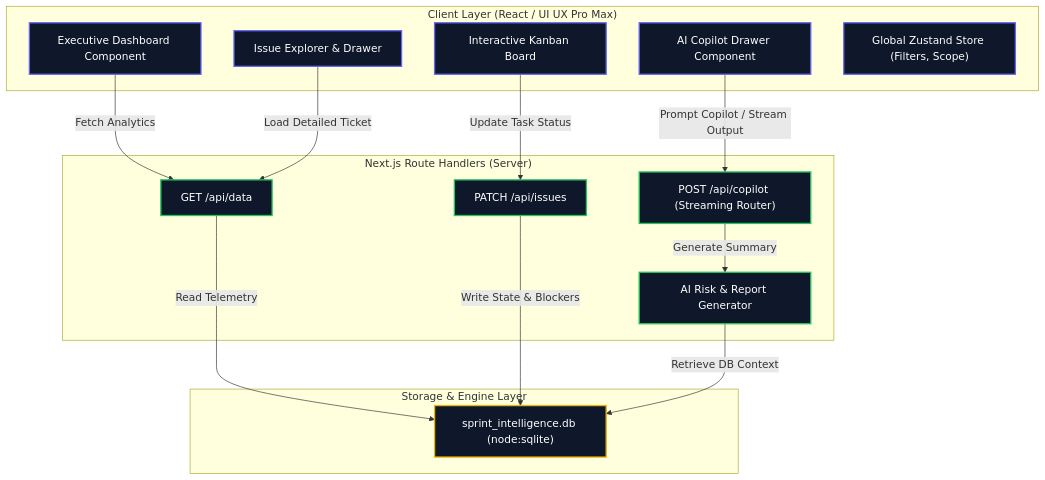
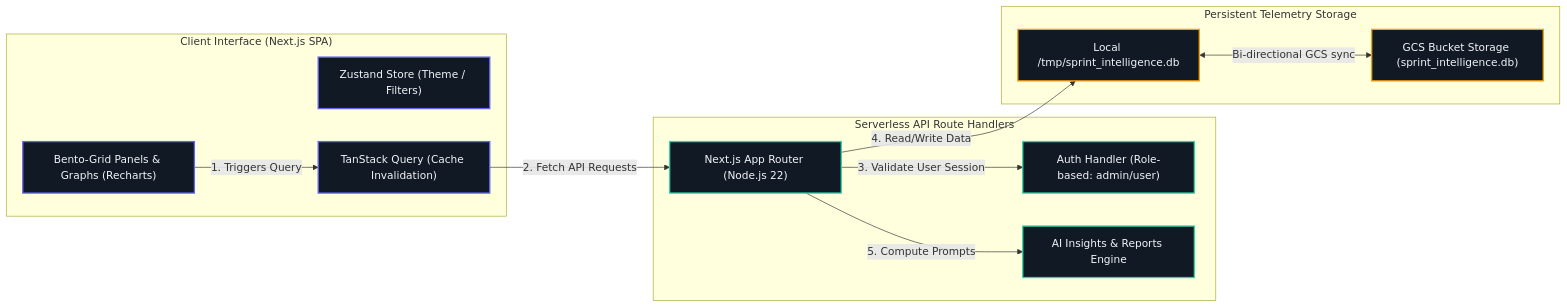
The second of 3 diagrams in README.md (sakshipandey2223/Sprint-Intelligent-AI-Project), drawn with Mermaid before and after one commit. The commit also changed other lines of this file, not shown here.

Commit message:
docs: overhaul architecture diagrams, LLD schemas, DevOps flows and security sections in README

````diff
--- a/README.md
+++ b/README.md
@@ -85,37 +79,32 @@
 ```mermaid
-graph TD
-    classDef client fill:#0f172a,stroke:#6366f1,stroke-width:2px,color:#fff;
-    classDef server fill:#0f172a,stroke:#22c55e,stroke-width:2px,color:#fff;
-    classDef database fill:#0f172a,stroke:#eab308,stroke-width:2px,color:#fff;
+graph LR
+    %% Styles
+    classDef ui fill:#111924,stroke:#6366f1,stroke-width:2px,color:#f1f5f9;
+    classDef api fill:#111924,stroke:#2dd4a7,stroke-width:2px,color:#f1f5f9;
+    classDef persist fill:#111924,stroke:#f59e0b,stroke-width:2px,color:#f1f5f9;
 
-    subgraph ClientLayer["Client Layer (React / UI UX Pro Max)"]
-        DashboardView["Executive Dashboard Component"]:::client
-        BoardView["Interactive Kanban Board"]:::client
-        ExplorerView["Issue Explorer & Drawer"]:::client
-        CopilotDrawer["AI Copilot Drawer Component"]:::client
-        ZustandStore["Global Zustand Store (Filters, Scope)"]:::client
+    subgraph Client ["Client Interface (Next.js SPA)"]
+        UI["Bento-Grid Panels & Graphs (Recharts)"]:::ui
+        Zustand["Zustand Store (Theme / Filters)"]:::ui
+        TanStack["TanStack Query (Cache Invalidation)"]:::ui
     end
 
-    subgraph BackendAPI["Next.js Route Handlers (Server)"]
-        GetDataAPI["GET /api/data"]:::server
-        PatchIssuesAPI["PATCH /api/issues"]:::server
-        CopilotAPI["POST /api/copilot (Streaming Router)"]:::server
-        AIEngine["AI Risk & Report Generator"]:::server
+    subgraph Backend ["Serverless API Route Handlers"]
+        Router["Next.js App Router (Node.js 22)"]:::api
+        AuthHandler["Auth Handler (Role-based: admin/user)"]:::api
+        AIService["AI Insights & Reports Engine"]:::api
     end
 
-    subgraph Persistence["Storage & Engine Layer"]
-        SQLiteDB["sprint_intelligence.db (node:sqlite)"]:::database
+    subgraph Storage ["Persistent Telemetry Storage"]
+        LocalSQLite["Local /tmp/sprint_intelligence.db"]:::persist
+        GCS_Bucket["GCS Bucket Storage (sprint_intelligence.db)"]:::persist
     end
 
-    %% Client to API
-    DashboardView -->|Fetch Analytics| GetDataAPI
-    BoardView -->|Update Task Status| PatchIssuesAPI
-    ExplorerView -->|Load Detailed Ticket| GetDataAPI
-    CopilotDrawer -->|Prompt Copilot / Stream Output| CopilotAPI
-    
-    %% API to Database / Engine
-    GetDataAPI -->|Read Telemetry| SQLiteDB
-    PatchIssuesAPI -->|Write State & Blockers| SQLiteDB
-    CopilotAPI -->|Generate Summary| AIEngine
-    AIEngine -->|Retrieve DB Context| SQLiteDB
+    %% Connections
+    UI -->|1. Triggers Query| TanStack
+    TanStack -->|2. Fetch API Requests| Router
+    Router -->|3. Validate User Session| AuthHandler
+    Router -->|4. Read/Write Data| LocalSQLite
+    Router -->|5. Compute Prompts| AIService
+    LocalSQLite <-->|Bi-directional GCS sync| GCS_Bucket
 ```
````
